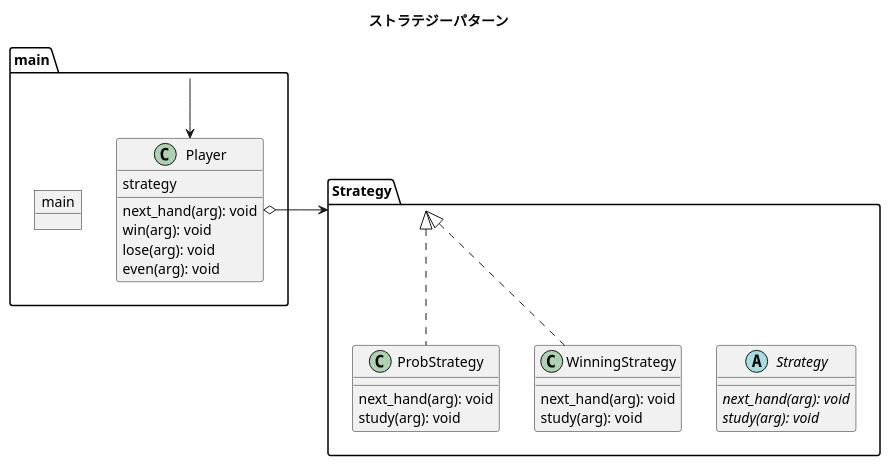
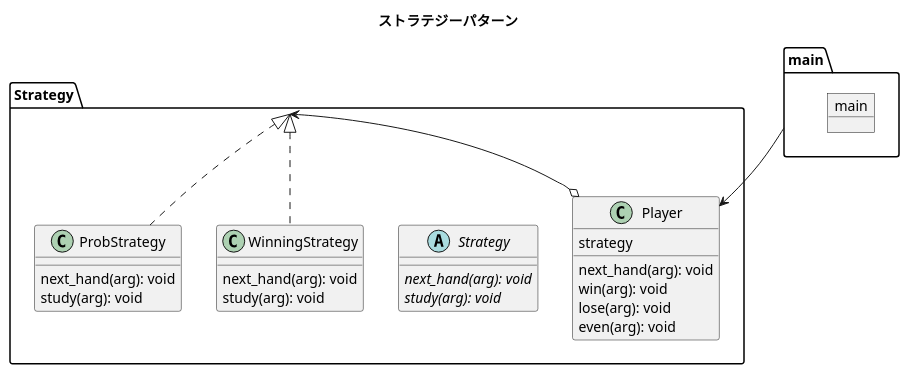
Before and after one commit to tanapiyo/design_pattern_with_python: the diagram in 10_strategy/strategy.pu, drawn with PlantUML. The commit also changed 1 other file, not shown here.

```diff
--- a/10_strategy/strategy.pu
+++ b/10_strategy/strategy.pu
@@ -1,44 +1,45 @@
 @startuml
 
 title ストラテジーパターン
 
 package main {
     object main {
     }
+    
+}
+
+package Strategy {
+    ' 3つのインスタンスだけシングルトンでもつ。VOってやつ？
+    ' class Hand{
+
+    ' }
     class Player{
       strategy
       next_hand(arg): void
       win(arg): void
       lose(arg): void
       even(arg): void
     }
-}
-
-package Strategy {
-    ' 3つのインスタンスだけシングルトンでもつ。VOってやつ？
-    ' class Hand{
-
-    ' }
     abstract Strategy {
         {abstract} next_hand(arg): void
         {abstract} study(arg): void
     }
 
     class WinningStrategy {
         next_hand(arg): void
         study(arg): void
     }
 
     class ProbStrategy {
         next_hand(arg): void
         study(arg): void
     }
 }
     main --> Player 
     Player o-right-> Strategy
     WinningStrategy .up.|> Strategy 
     ProbStrategy .up.|> Strategy 
     
     
 
 @enduml
```
